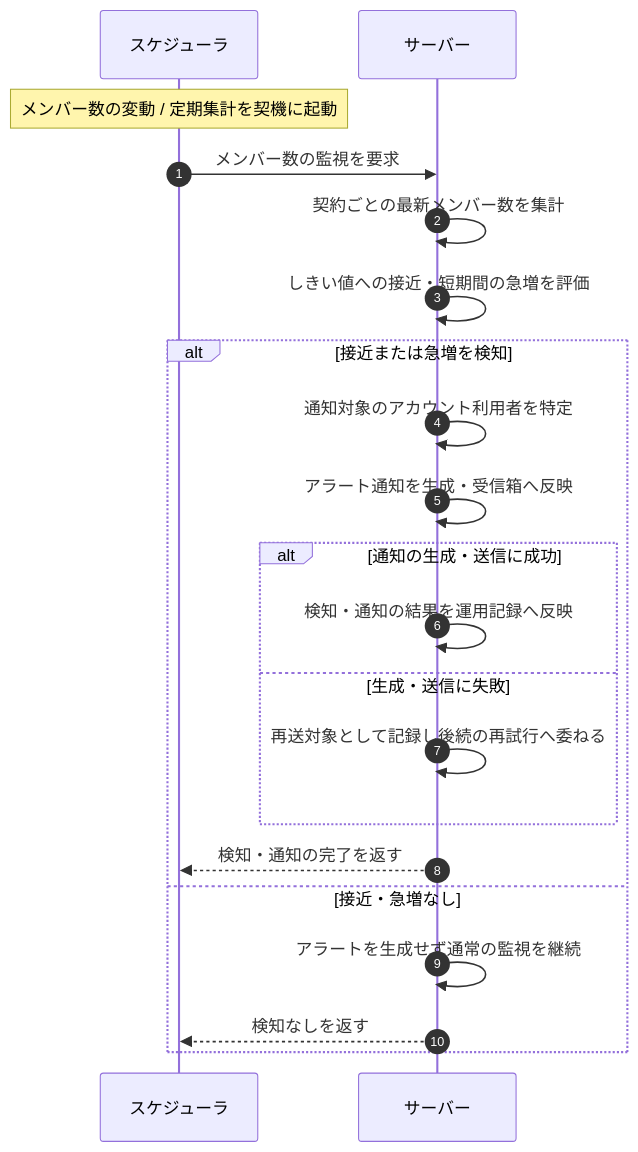
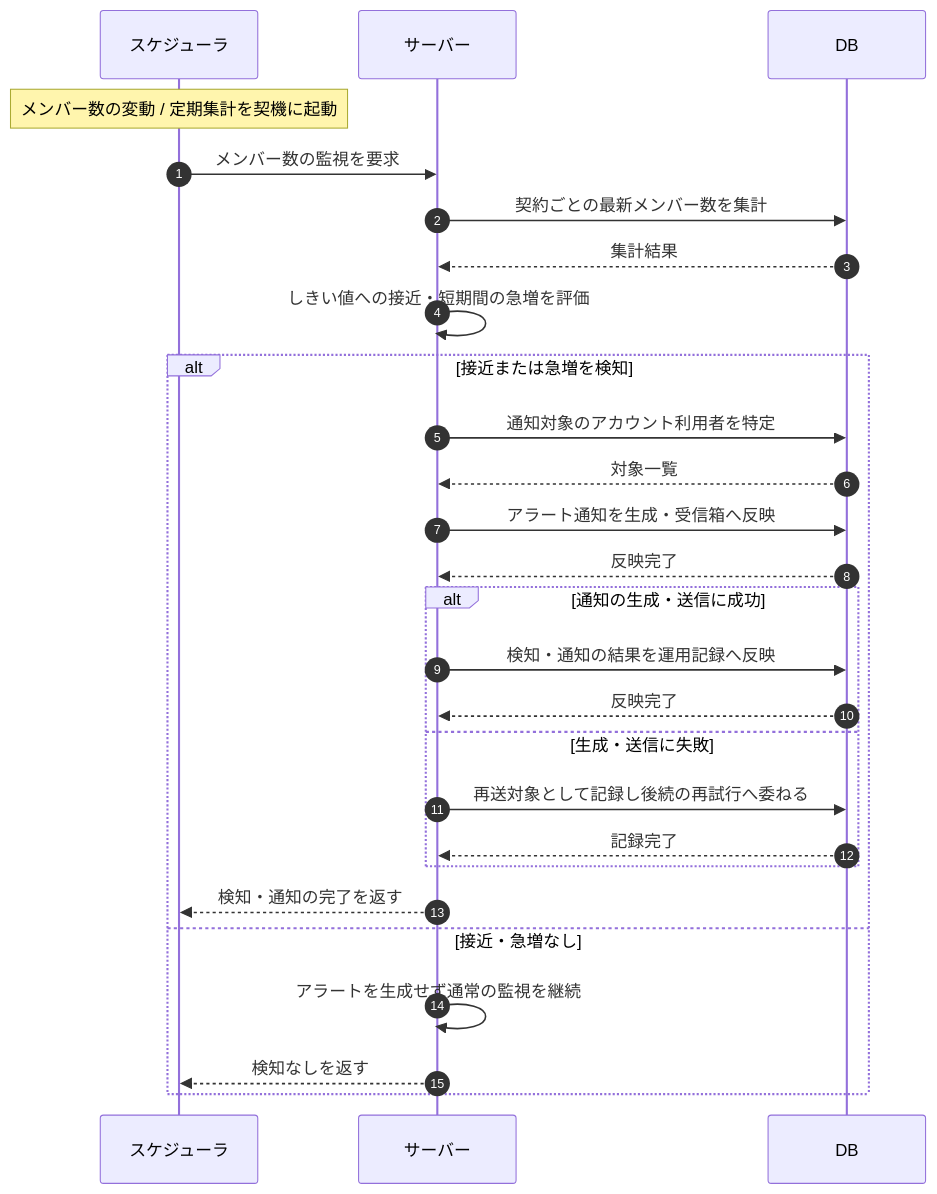
The diagram in 02_basic_design/03_sequences/SEQ-108.md (sikakou54/open-faq), drawn with Mermaid before and after one commit. The commit also changed other lines of this file and 122 other files, not shown here.

First line of the commit message:
シーケンス図に DB アクターを追加(DB 操作をサーバー自己メッセージから分離)

````diff
--- a/02_basic_design/03_sequences/SEQ-108.md
+++ b/02_basic_design/03_sequences/SEQ-108.md
@@ -26,23 +26,29 @@
 ```mermaid
 sequenceDiagram
   autonumber
   participant SCH as スケジューラ
   participant Server as サーバー
+  participant DB as DB
   Note over SCH: メンバー数の変動 / 定期集計を契機に起動
   SCH->>Server: メンバー数の監視を要求
-  Server->>Server: 契約ごとの最新メンバー数を集計
+  Server->>DB: 契約ごとの最新メンバー数を集計
+  DB-->>Server: 集計結果
   Server->>Server: しきい値への接近・短期間の急増を評価
   alt 接近または急増を検知
-    Server->>Server: 通知対象のアカウント利用者を特定
-    Server->>Server: アラート通知を生成・受信箱へ反映
+    Server->>DB: 通知対象のアカウント利用者を特定
+    DB-->>Server: 対象一覧
+    Server->>DB: アラート通知を生成・受信箱へ反映
+    DB-->>Server: 反映完了
     alt 通知の生成・送信に成功
-      Server->>Server: 検知・通知の結果を運用記録へ反映
+      Server->>DB: 検知・通知の結果を運用記録へ反映
+      DB-->>Server: 反映完了
     else 生成・送信に失敗
-      Server->>Server: 再送対象として記録し後続の再試行へ委ねる
+      Server->>DB: 再送対象として記録し後続の再試行へ委ねる
+      DB-->>Server: 記録完了
     end
     Server-->>SCH: 検知・通知の完了を返す
   else 接近・急増なし
     Server->>Server: アラートを生成せず通常の監視を継続
     Server-->>SCH: 検知なしを返す
   end
 ```
````
